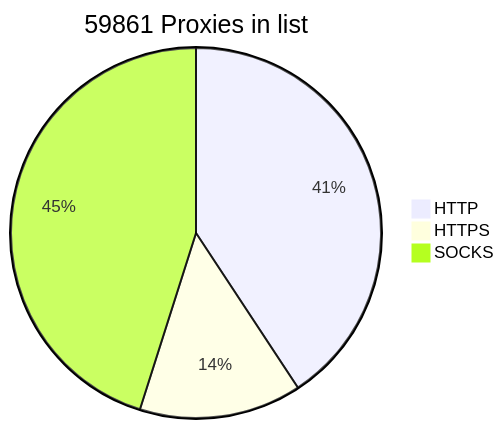
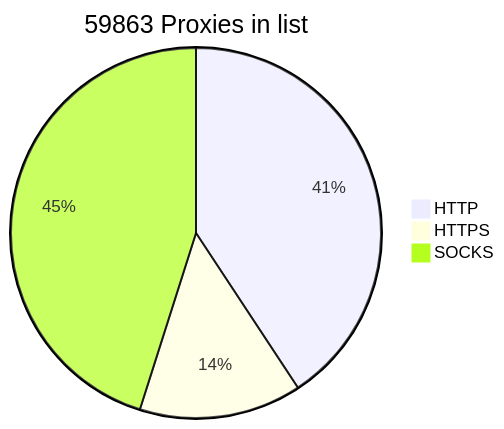
Before and after one commit to BlackSnowDot/proxylist-update-every-minute: the diagram in README.md, drawn with Mermaid.

````diff
--- a/README.md
+++ b/README.md
@@ -2,6 +2,6 @@
 ```mermaid
-pie title 59861 Proxies in list
-    "HTTP" : 27555
-    "HTTPS": 9588
+pie title 59863 Proxies in list
+    "HTTP" : 27556
+    "HTTPS": 9589
     "SOCKS" : 30514
 ```
````
